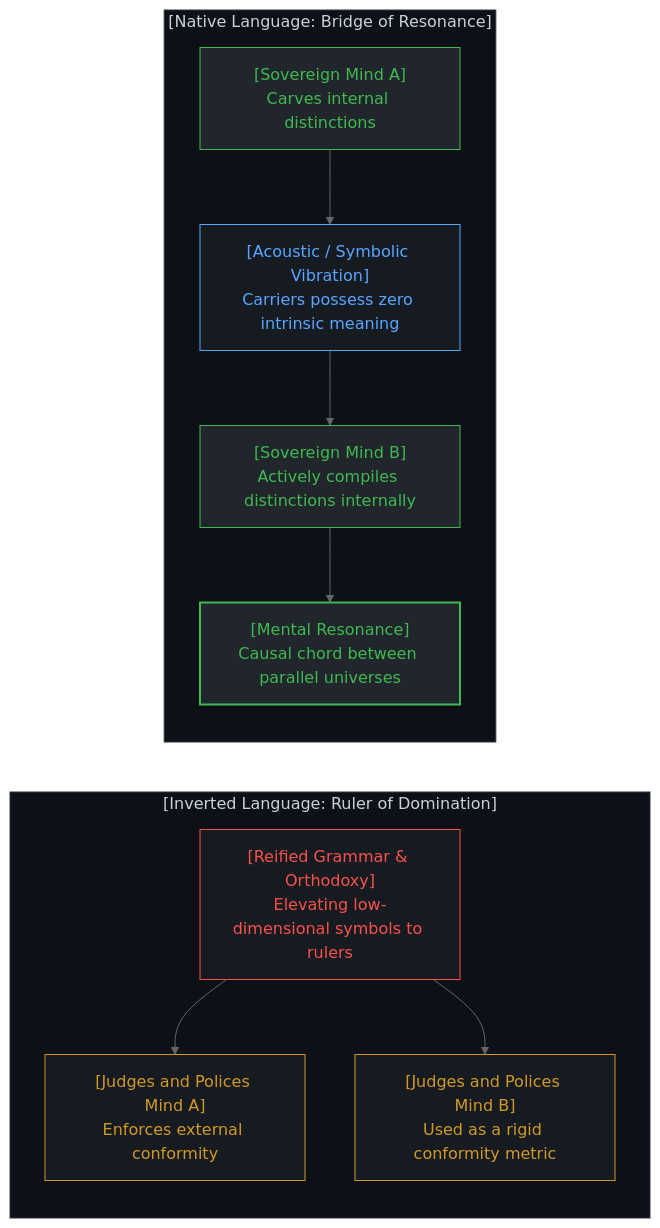
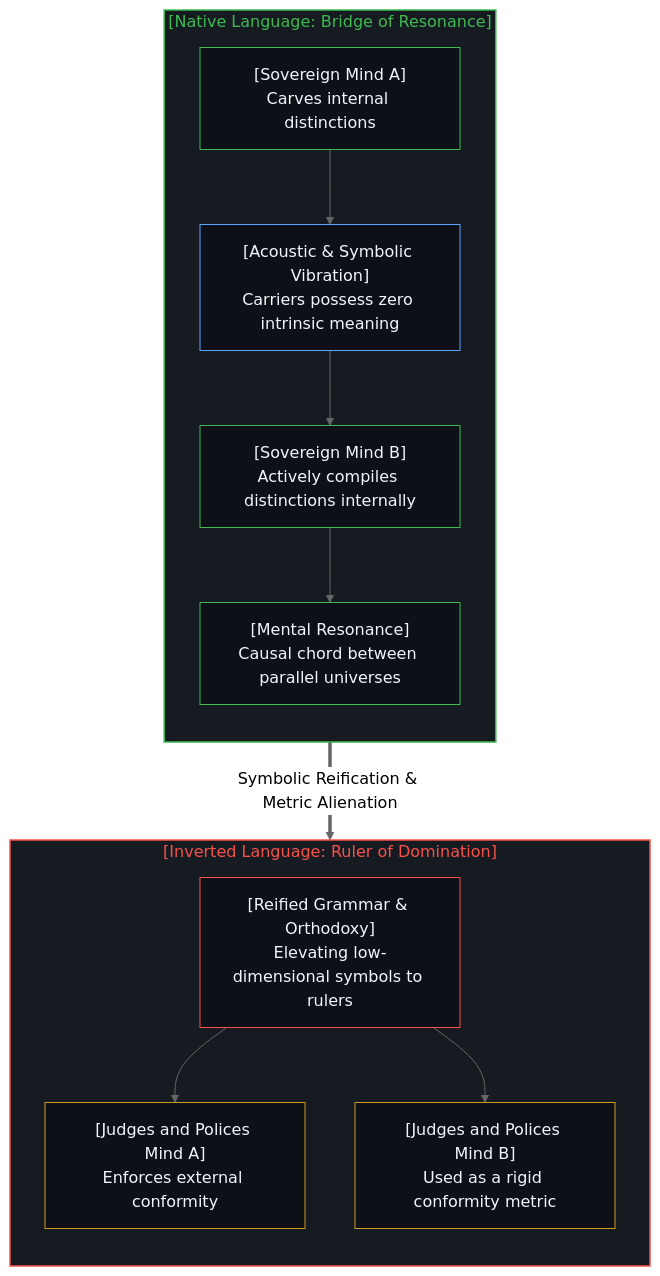
One commit to powerpig99/not-a-toe changed the fourth of 16 diagrams in content/posts/the-dissolution-of-the-great-reversal.md. Above: the diagram before and after it, drawn with Mermaid (neutral theme). The commit also changed other lines of this file and 11 other files, not shown here.

````diff
--- a/content/posts/the-dissolution-of-the-great-reversal.md
+++ b/content/posts/the-dissolution-of-the-great-reversal.md
@@ -171,34 +142,34 @@
 ```mermaid
-graph TD
-    subgraph NativeBridge["[Native Language: Bridge of Resonance]"]
+flowchart TD
+    subgraph S_Bridge["[Native Language: Bridge of Resonance]"]
         direction TB
-        MindA["[Sovereign Mind A]<br>Carves internal distinctions"]
-        PhysicalVibration["[Acoustic / Symbolic Vibration]<br>Carriers possess zero intrinsic meaning"]
-        MindB["[Sovereign Mind B]<br>Actively compiles distinctions internally"]
-        Resonance["[Mental Resonance]<br>Causal chord between parallel universes"]
+        MindA["[Sovereign Mind A]<br/>Carves internal distinctions"]
+        PhysicalVibration["[Acoustic & Symbolic Vibration]<br/>Carriers possess zero intrinsic meaning"]
+        MindB["[Sovereign Mind B]<br/>Actively compiles distinctions internally"]
+        Resonance["[Mental Resonance]<br/>Causal chord between parallel universes"]
         MindA --> PhysicalVibration
         PhysicalVibration --> MindB
         MindB --> Resonance
     end
 
-    subgraph ReifiedRuler["[Inverted Language: Ruler of Domination]"]
+    S_Bridge ==>|"Symbolic Reification & Metric Alienation"| S_Ruler
+
+    subgraph S_Ruler["[Inverted Language: Ruler of Domination]"]
         direction TB
-        ReifiedGrammar["[Reified Grammar & Orthodoxy]<br>Elevating low-dimensional symbols to rulers"]
-        PolicingA["[Judges and Polices Mind A]<br>Enforces external conformity"]
-        PolicingB["[Judges and Polices Mind B]<br>Used as a rigid conformity metric"]
+        ReifiedGrammar["[Reified Grammar & Orthodoxy]<br/>Elevating low-dimensional symbols to rulers"]
+        PolicingA["[Judges and Polices Mind A]<br/>Enforces external conformity"]
+        PolicingB["[Judges and Polices Mind B]<br/>Used as a rigid conformity metric"]
         ReifiedGrammar --> PolicingA
         ReifiedGrammar --> PolicingB
     end
 
-    Resonance ~~~ ReifiedGrammar
-
-    style NativeBridge fill:#0d1117,stroke:#30363d,stroke-width:1px,color:#c9d1d9
-    style MindA fill:#21262d,stroke:#3fb950,stroke-width:1px,color:#3fb950
-    style PhysicalVibration fill:#161b22,stroke:#58a6ff,stroke-width:1px,color:#58a6ff
-    style MindB fill:#21262d,stroke:#3fb950,stroke-width:1px,color:#3fb950
-    style Resonance fill:#21262d,stroke:#3fb950,stroke-width:2px,color:#3fb950
-    style ReifiedRuler fill:#0d1117,stroke:#30363d,stroke-width:1px,color:#c9d1d9
-    style ReifiedGrammar fill:#161b22,stroke:#f85149,stroke-width:1px,color:#f85149
-    style PolicingA fill:#161b22,stroke:#d29922,stroke-width:1px,color:#d29922
-    style PolicingB fill:#161b22,stroke:#d29922,stroke-width:1px,color:#d29922
+    style S_Bridge fill:#161b22,stroke:#3fb950,stroke-width:1.5px,color:#3fb950
+    style S_Ruler fill:#161b22,stroke:#f85149,stroke-width:1.5px,color:#f85149
+    style MindA fill:#0d1117,stroke:#3fb950,stroke-width:1px,color:#f0f6fc
+    style PhysicalVibration fill:#0d1117,stroke:#58a6ff,stroke-width:1px,color:#f0f6fc
+    style MindB fill:#0d1117,stroke:#3fb950,stroke-width:1px,color:#f0f6fc
+    style Resonance fill:#0d1117,stroke:#3fb950,stroke-width:1px,color:#f0f6fc
+    style ReifiedGrammar fill:#0d1117,stroke:#f85149,stroke-width:1px,color:#f0f6fc
+    style PolicingA fill:#0d1117,stroke:#d29922,stroke-width:1px,color:#f0f6fc
+    style PolicingB fill:#0d1117,stroke:#d29922,stroke-width:1px,color:#f0f6fc
 ```
````
